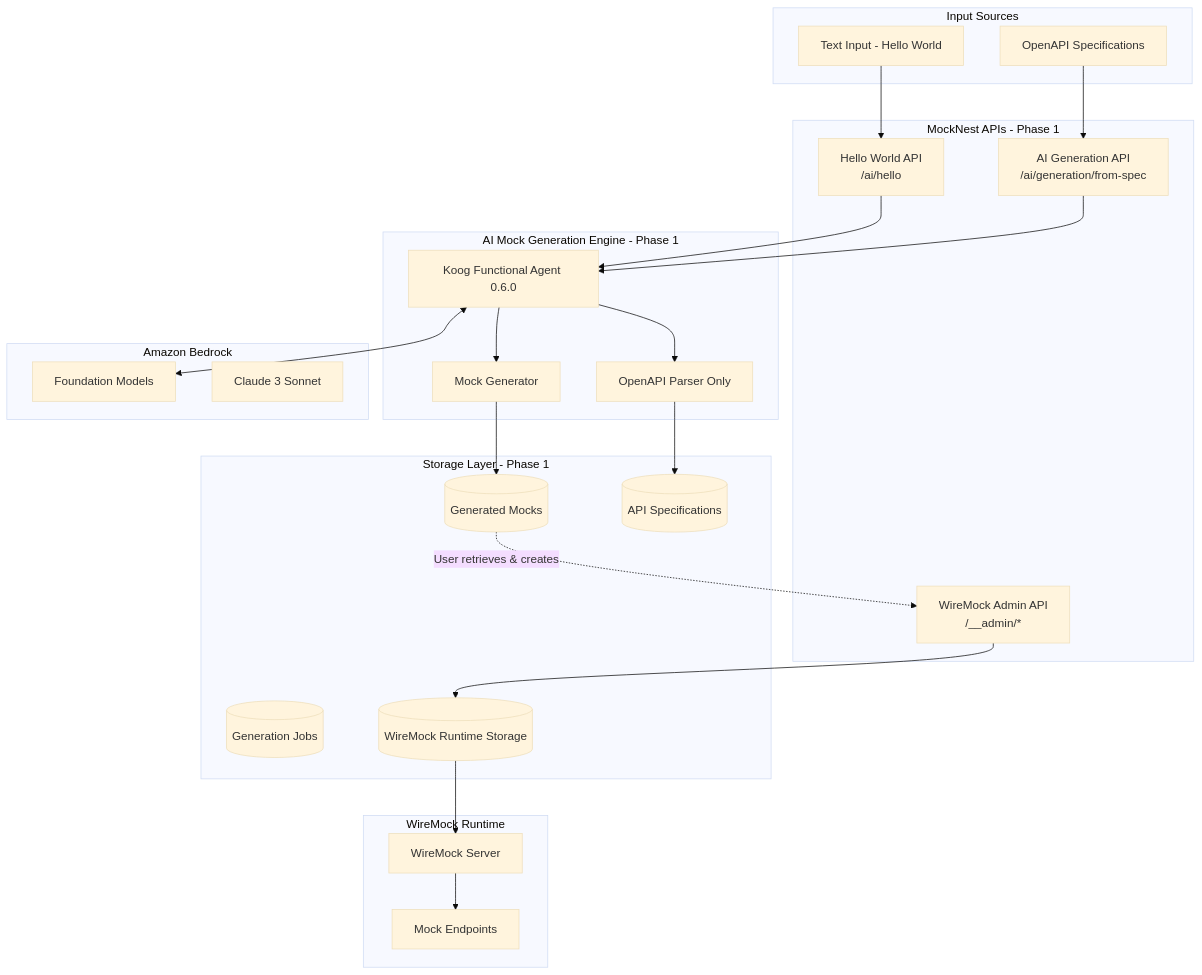
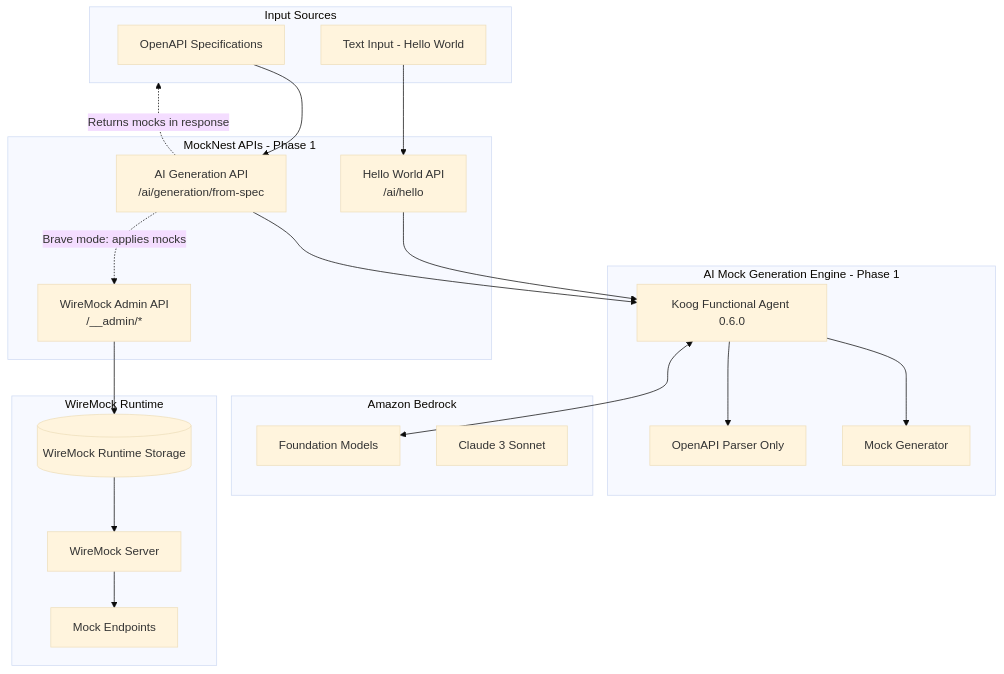
Before and after one commit to elenavanengelenmaslova/mocknest-serverless: the first of 2 diagrams in .kiro/specs/ai-mock-generation/design.md, drawn with Mermaid (base theme). The commit also changed other lines of this file and 2 other files, not shown here.

````diff
--- a/.kiro/specs/ai-mock-generation/design.md
+++ b/.kiro/specs/ai-mock-generation/design.md
@@ -26,53 +31,46 @@
 ```mermaid
 flowchart TB
     subgraph Input["Input Sources"]
         SPEC[OpenAPI Specifications]
         TEXT[Text Input - Hello World]
     end
     
     subgraph APIs["MockNest APIs - Phase 1"]
         ADMIN[WireMock Admin API<br/>/__admin/*]
         HELLO[Hello World API<br/>/ai/hello]
         AIGEN[AI Generation API<br/>/ai/generation/from-spec]
     end
     
     subgraph AIGeneration["AI Mock Generation Engine - Phase 1"]
         KOOG[Koog Functional Agent 0.6.0]
         PARSER[OpenAPI Parser Only]
         GENERATOR[Mock Generator]
         
         KOOG --> PARSER
         KOOG --> GENERATOR
     end
     
     subgraph CloudAI["Amazon Bedrock"]
         BEDROCK[Foundation Models]
         CLAUDE[Claude 3 Sonnet]
     end
     
-    subgraph Storage["Storage Layer - Phase 1"]
-        GENSTORE[(Generated Mocks)]
-        SPECSTORE[(API Specifications)]
-        JOBSTORE[(Generation Jobs)]
-        MOCKSTORE[(WireMock Runtime Storage)]
-    end
-    
     subgraph WireMock["WireMock Runtime"]
         RUNTIME[WireMock Server]
         ENDPOINTS[Mock Endpoints]
+        MOCKSTORE[(WireMock Runtime Storage)]
     end
     
     TEXT --> HELLO
     SPEC --> AIGEN
     
     HELLO --> KOOG
     AIGEN --> KOOG
     KOOG <--> BEDROCK
-    GENERATOR --> GENSTORE
-    PARSER --> SPECSTORE
     
-    GENSTORE -.->|User retrieves & creates| ADMIN
+    AIGEN -.->|Returns mocks in response| Input
+    AIGEN -.->|Brave mode: applies mocks| ADMIN
     ADMIN --> MOCKSTORE
     MOCKSTORE --> RUNTIME
     RUNTIME --> ENDPOINTS
 ```
````
